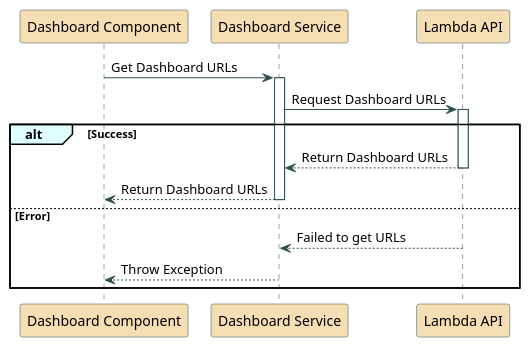
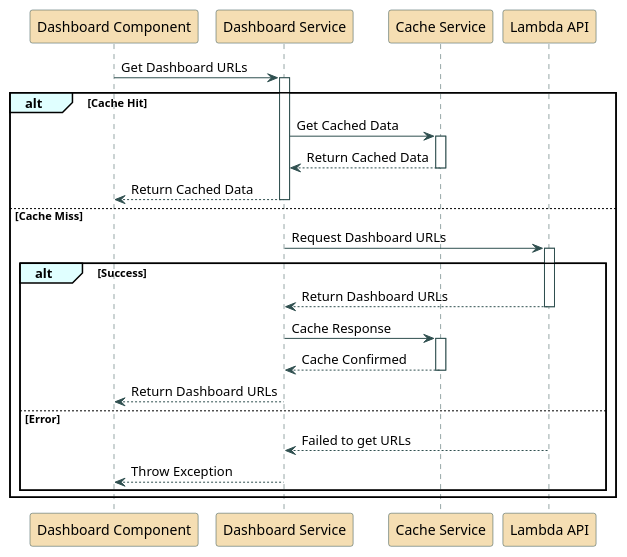
The diagram in doc/dashboard-service-sequence.puml (CPNV-ES-BI1-RIA2-ETL-INTERNAL-SOURCE/INTERNAL-SOURCE-FRONT-END), drawn with PlantUML before and after one commit.

Commit message:
docs: add the cache service into the sequence diagram

```diff
--- a/doc/dashboard-service-sequence.puml
+++ b/doc/dashboard-service-sequence.puml
@@ -1,31 +1,45 @@
 @startuml dashboard-service-sequence
 
 skinparam sequenceArrowColor DarkSlateGray
 skinparam sequenceGroupBackgroundColor LightCyan
 skinparam sequenceLifeLineBorderColor DarkSlateGray
 skinparam sequenceParticipantBackgroundColor Wheat
 skinparam sequenceParticipantBorderColor DarkSlateGray
 
 participant "Dashboard Component" as DC
 participant "Dashboard Service" as DS
+participant "Cache Service" as CS
 participant "Lambda API" as LA
 
 DC -> DS: Get Dashboard URLs
 activate DS
 
-DS -> LA: Request Dashboard URLs
-activate LA
+alt Cache Hit
+    DS -> CS: Get Cached Data
+    activate CS
+    CS --> DS: Return Cached Data
+    deactivate CS
+    DS --> DC: Return Cached Data
+    deactivate DS
+else Cache Miss
+    DS -> LA: Request Dashboard URLs
+    activate LA
 
-alt Success
-    LA --> DS: Return Dashboard URLs
-    deactivate LA
-    DS --> DC: Return Dashboard URLs
-    deactivate DS
-else Error
-    LA --> DS: Failed to get URLs
-    deactivate LA
-    DS --> DC: Throw Exception
-    deactivate DS
+    alt Success
+        LA --> DS: Return Dashboard URLs
+        deactivate LA
+        DS -> CS: Cache Response
+        activate CS
+        CS --> DS: Cache Confirmed
+        deactivate CS
+        DS --> DC: Return Dashboard URLs
+        deactivate DS
+    else Error
+        LA --> DS: Failed to get URLs
+        deactivate LA
+        DS --> DC: Throw Exception
+        deactivate DS
+    end
 end
 
 @enduml 
```
